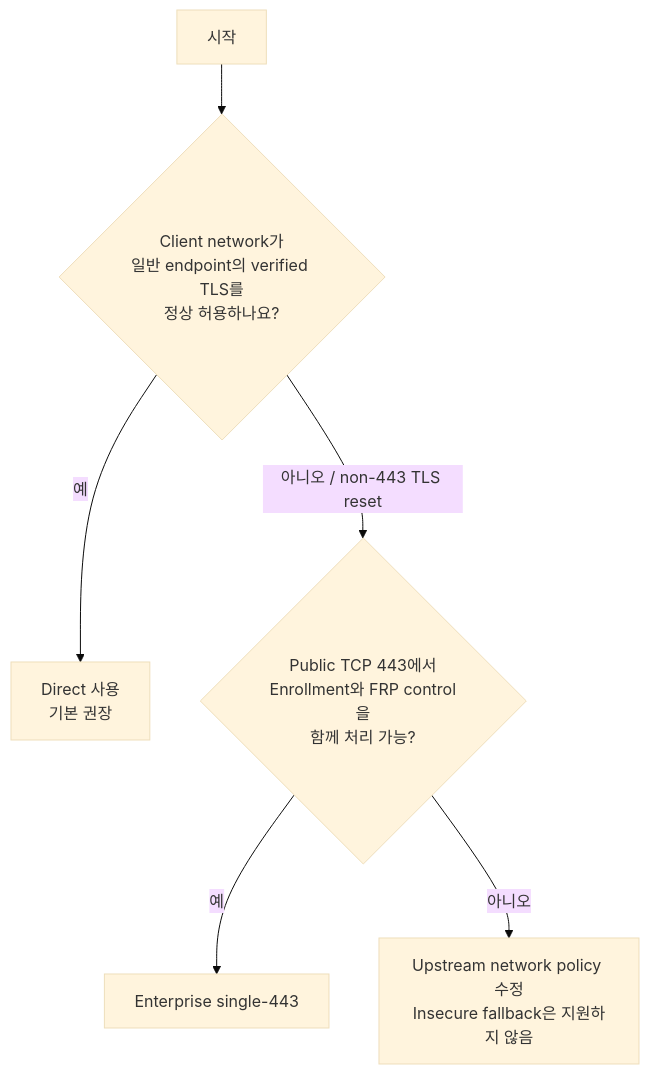
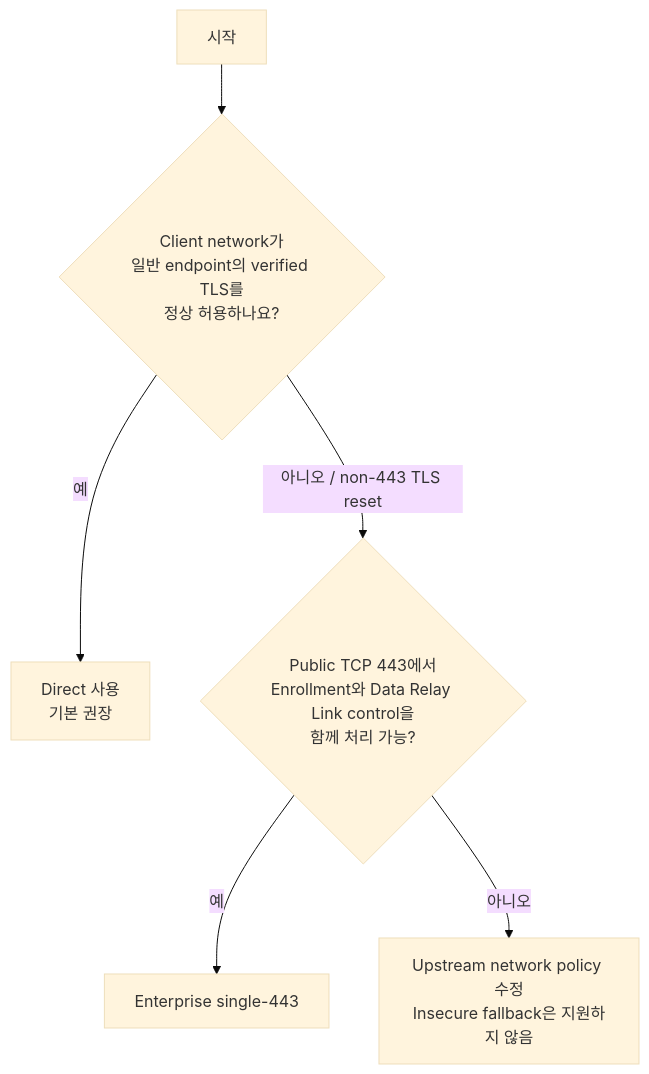
The first of 3 diagrams in ko/deployment/modes.mdx (datarelay-labs/data-relay-link-docs), drawn with Mermaid (base theme) before and after one commit. The commit also changed other lines of this file and 32 other files, not shown here.

````diff
--- a/ko/deployment/modes.mdx
+++ b/ko/deployment/modes.mdx
@@ -20,8 +20,8 @@
 ```mermaid
 flowchart TD
     A[시작] --> B{Client network가\n일반 endpoint의 verified TLS를\n정상 허용하나요?}
     B -->|예| D[Direct 사용\n기본 권장]
-    B -->|아니오 / non-443 TLS reset| C{Public TCP 443에서\nEnrollment와 FRP control을\n함께 처리 가능?}
+    B -->|아니오 / non-443 TLS reset| C{Public TCP 443에서\nEnrollment와 Data Relay Link control을\n함께 처리 가능?}
     C -->|예| S[Enterprise single-443]
     C -->|아니오| N[Upstream network policy 수정\nInsecure fallback은 지원하지 않음]
 ```
````
